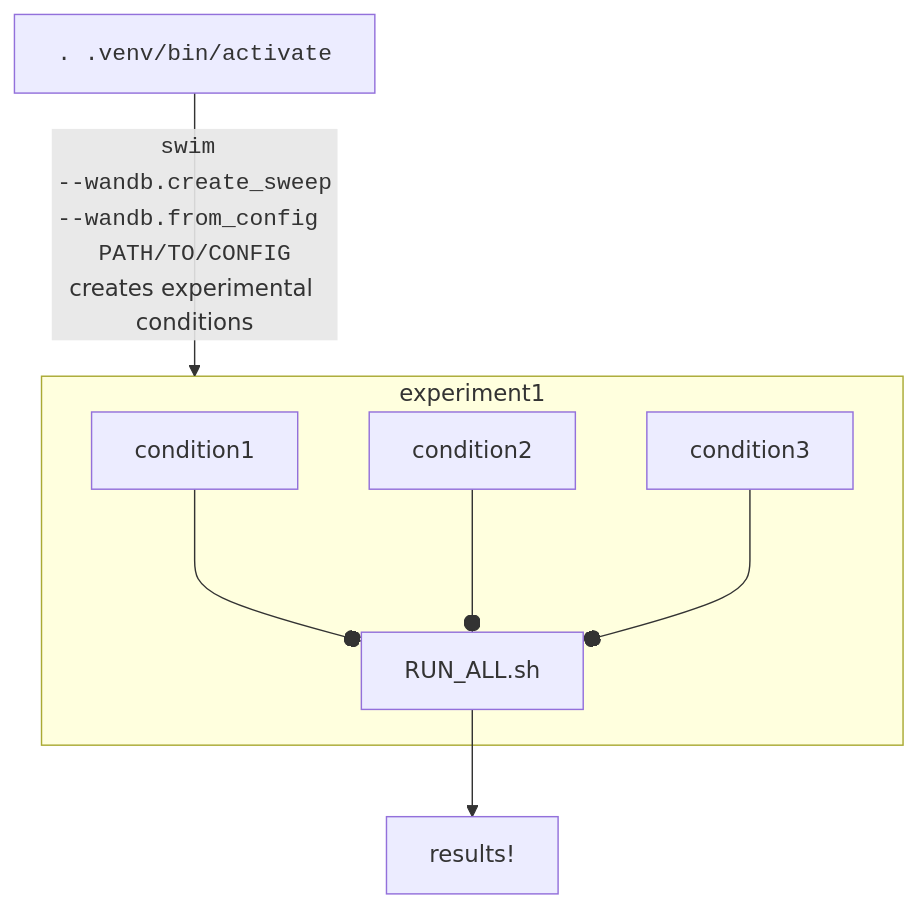
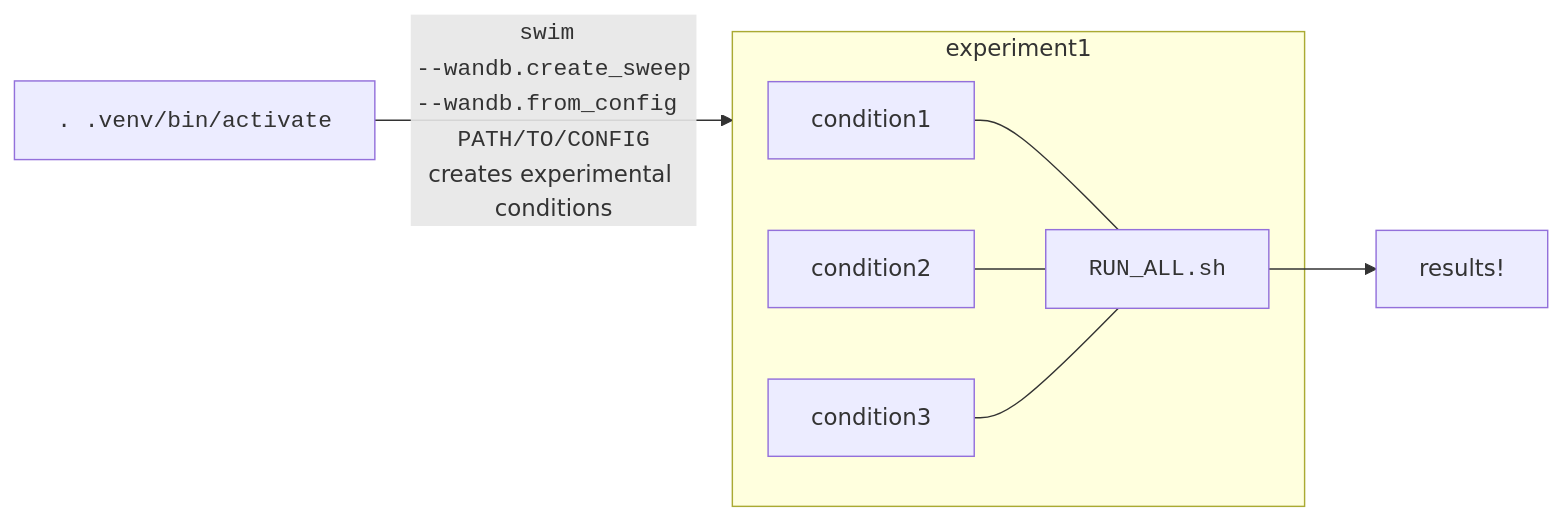
One commit to aalok-sathe/wm-computational-limits changed the third of 3 diagrams in src/workingmem/tutorials/README.md. Above: the diagram before and after it, drawn with Mermaid. The commit also changed other lines of this file and 3 other files, not shown here.

````diff
--- a/src/workingmem/tutorials/README.md
+++ b/src/workingmem/tutorials/README.md
@@ -89,17 +104,19 @@
-  ```mermaid
-  flowchart TD
-  subgraph experiment [experiment1]
-    condition1
-    condition2
-    condition3
-    RUN_ALL.sh
-  end
+```mermaid
+  flowchart LR
 
-  condition1 ---o RUN_ALL.sh
-  condition2 ---o RUN_ALL.sh 
-  condition3 ---o RUN_ALL.sh
+    subgraph experiment [experiment1]
+      condition1[condition1]
+      condition2[condition2]
+      condition3[condition3]
+      R[<code>RUN_ALL.sh</code>]
+    end
 
-  config1.yaml[<code>. .venv/bin/activate</code>] -->| <code>swim \n--wandb.create_sweep\n--wandb.from_config PATH/TO/CONFIG</code>\ncreates experimental conditions | experiment 
-  RUN_ALL.sh --> results!
+    condition1 --- R
+    condition2 --- R 
+    condition3 --- R
+
+    config1[<code>. .venv/bin/activate</code>] -->| <code>swim \n--wandb.create_sweep\n--wandb.from_config PATH/TO/CONFIG</code>\ncreates experimental conditions | experiment 
+
+    R --> results!
 
 ```
````
